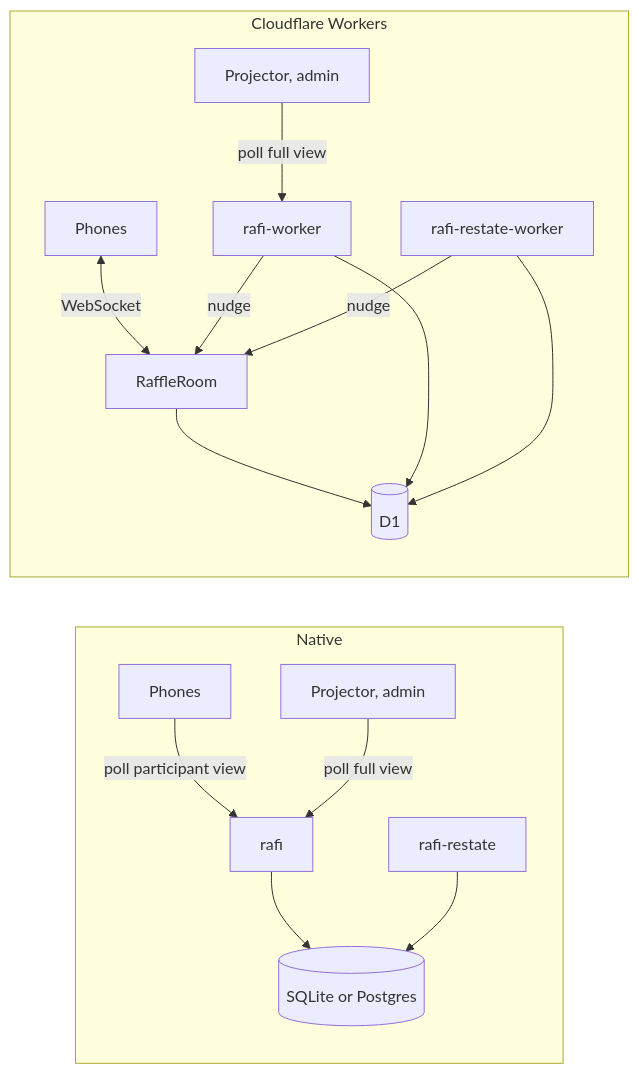
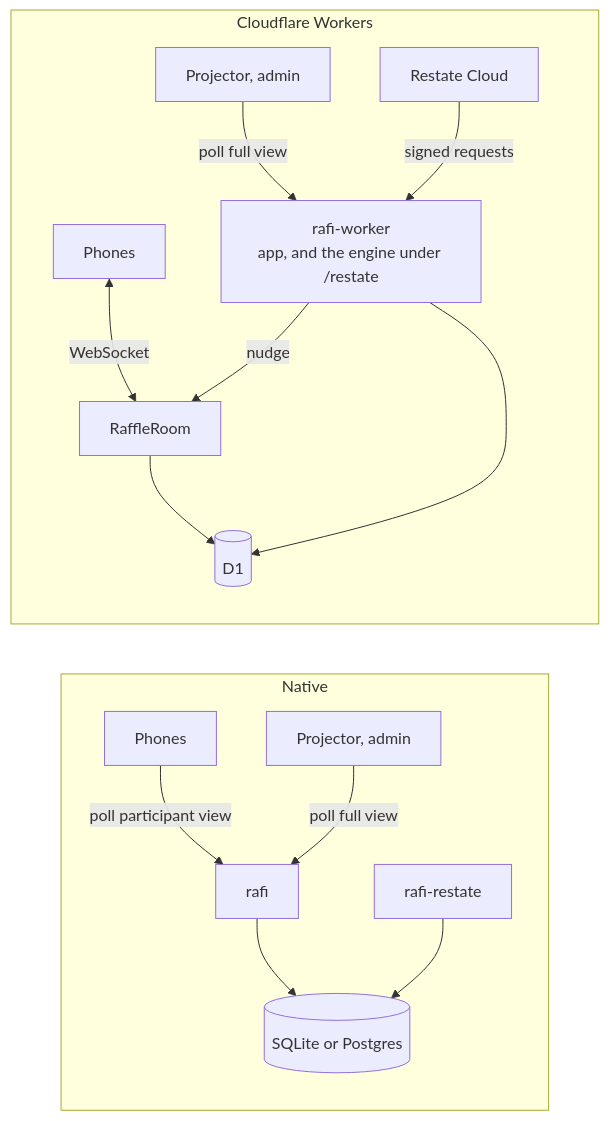
Before and after one commit to sagikazarmark/rafi.orig: the fourth of 4 diagrams in docs/explanation/architecture.md, drawn with Mermaid. The commit also changed other lines of this file and 32 other files, not shown here.

````diff
--- a/docs/explanation/architecture.md
+++ b/docs/explanation/architecture.md
@@ -168,18 +168,17 @@
 ```mermaid
 flowchart LR
     subgraph native [Native]
         p1[Phones] -->|poll participant view| a1[rafi]
         s1[Projector, admin] -->|poll full view| a1
         a1 --> db1[(SQLite or Postgres)]
         e1[rafi-restate] --> db1
     end
     subgraph workers [Cloudflare Workers]
         p2[Phones] <-->|WebSocket| room[RaffleRoom]
-        s2[Projector, admin] -->|poll full view| a2[rafi-worker]
+        s2[Projector, admin] -->|poll full view| a2[rafi-worker<br/>app, and the engine under /restate]
+        rc[Restate Cloud] -->|signed requests| a2
         a2 -->|nudge| room
-        e2[rafi-restate-worker] -->|nudge| room
         room --> db2[(D1)]
         a2 --> db2
-        e2 --> db2
     end
 ```
````
